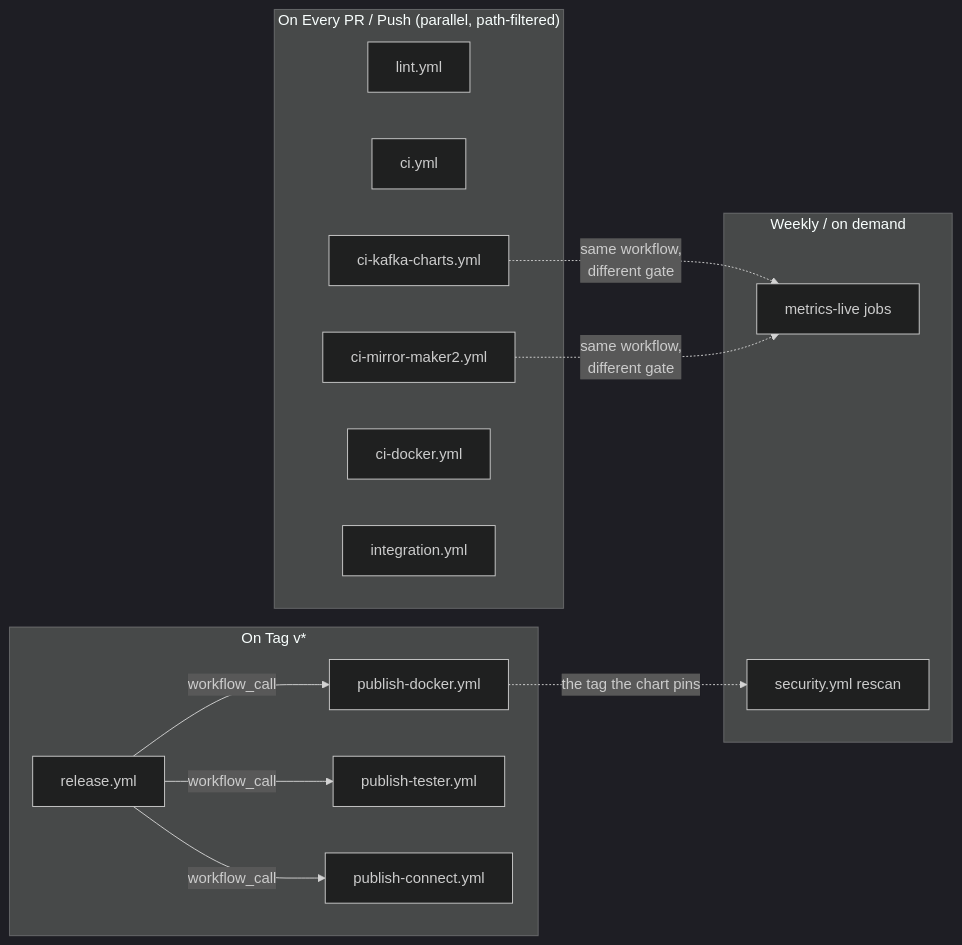
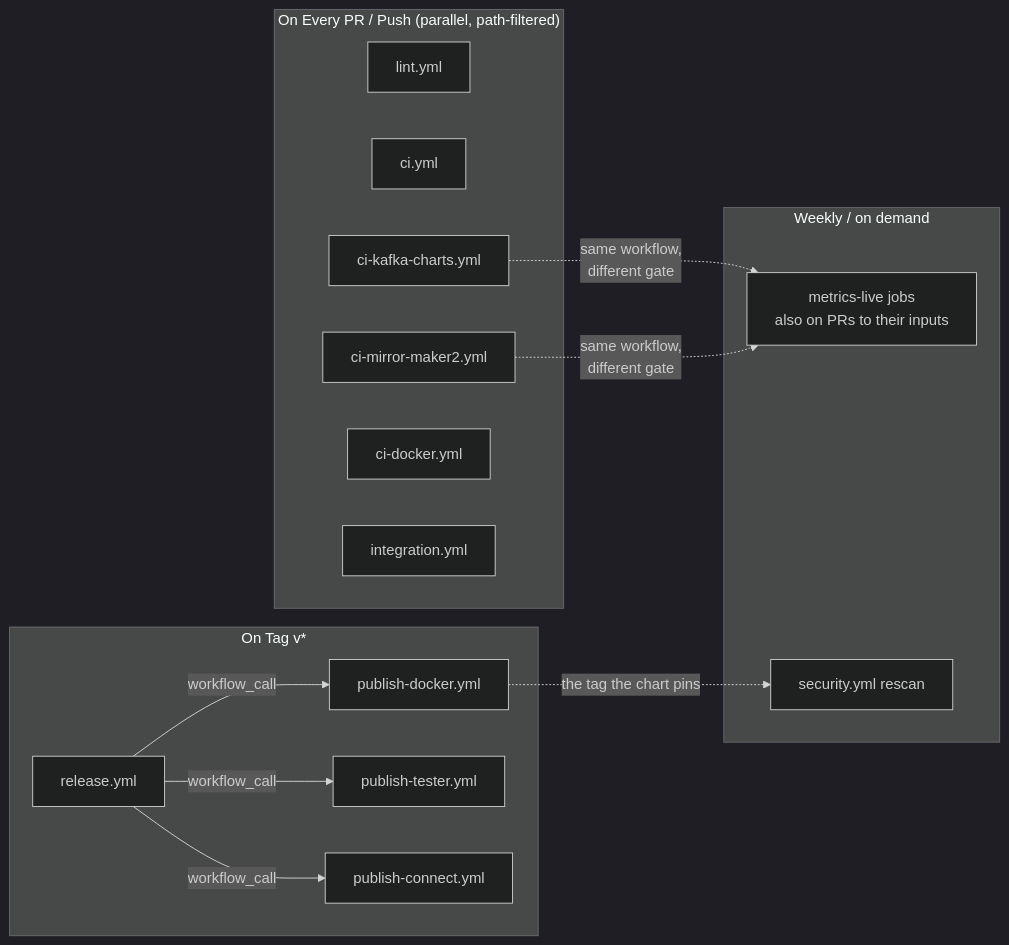
One commit to actions-marketplace-validations/bmscomp_kates changed the second of 2 diagrams in docs/book/appendix-c-cicd.md. Above: the diagram before and after it, drawn with Mermaid (dark theme). The commit also changed other lines of this file and 9 other files, not shown here.

First line of the commit message:
fix: make the live metric-contract jobs pass, and the kates migrate verify bug they caught (#251)

````diff
--- a/docs/book/appendix-c-cicd.md
+++ b/docs/book/appendix-c-cicd.md
@@ -440,30 +445,30 @@
 ```mermaid
 graph LR
     subgraph "On Every PR / Push (parallel, path-filtered)"
         L[lint.yml]
         A[ci.yml]
         A2[ci-kafka-charts.yml]
         A3[ci-mirror-maker2.yml]
         B[ci-docker.yml]
         C[integration.yml]
     end
 
     subgraph "Weekly / on demand"
-        G[metrics-live jobs]
+        G[metrics-live jobs<br/>also on PRs to their inputs]
         S[security.yml rescan]
     end
 
     subgraph "On Tag v*"
         F[release.yml]
         D[publish-docker.yml]
         E[publish-tester.yml]
         H[publish-connect.yml]
     end
 
     A2 -.->|"same workflow,<br/>different gate"| G
     A3 -.->|"same workflow,<br/>different gate"| G
     F -->|"workflow_call"| D
     F -->|"workflow_call"| E
     F -->|"workflow_call"| H
     D -.->|"the tag the chart pins"| S
 ```
````
